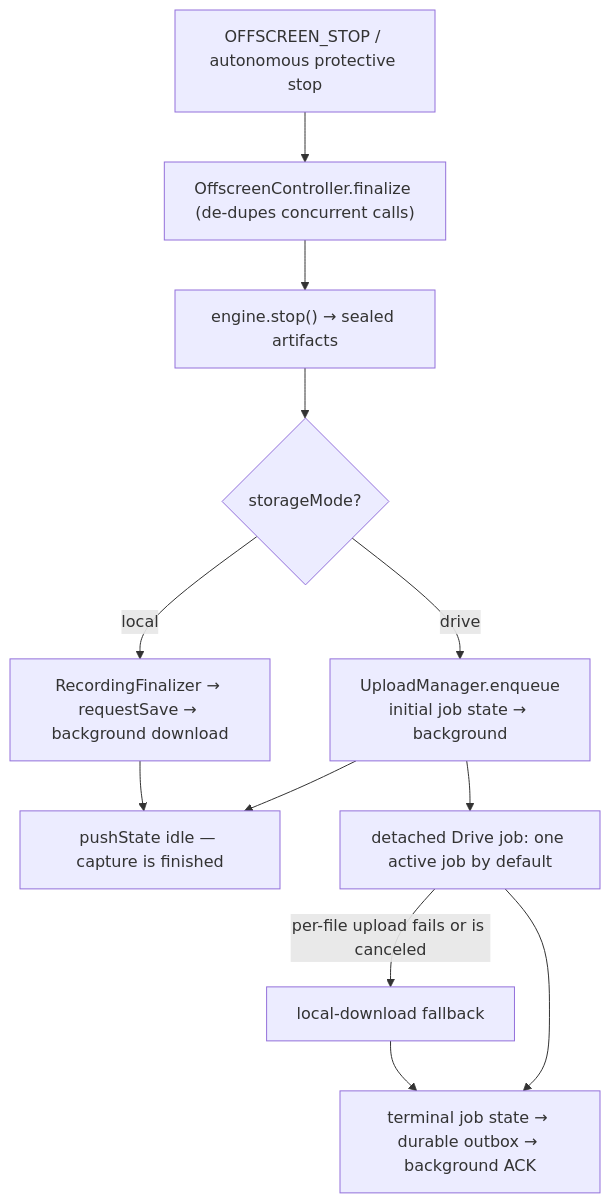
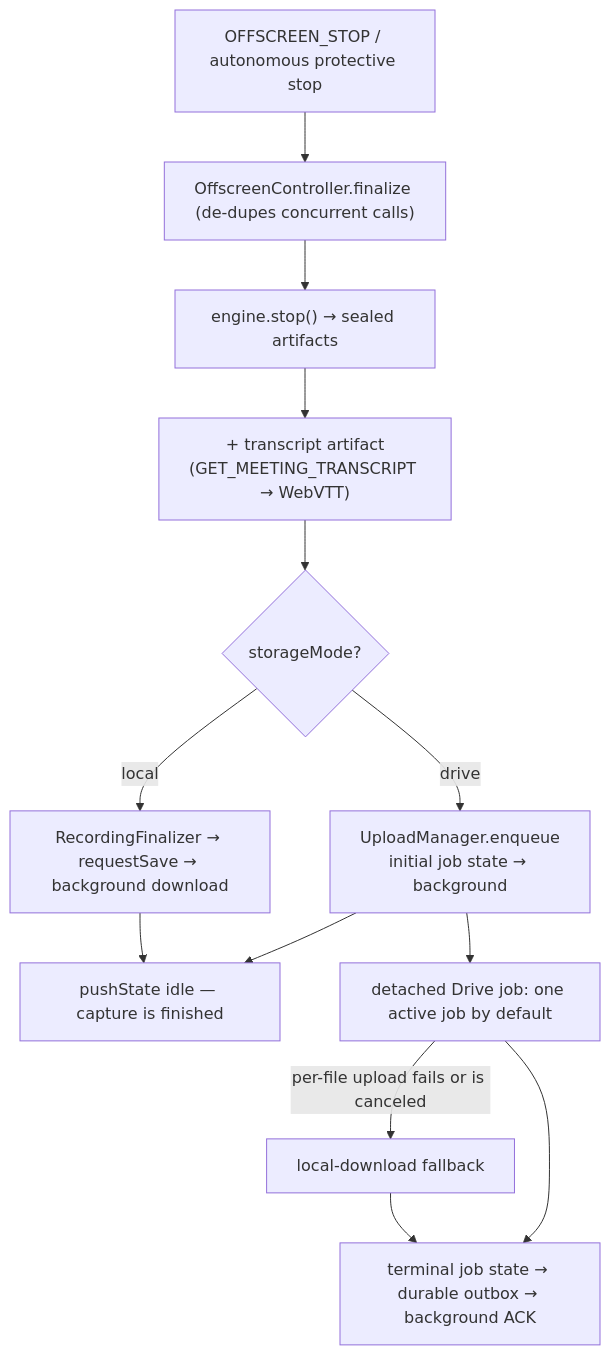
Before and after one commit to CorneiZeR/chrome-meeting-recording-extension: the diagram in src/offscreen/README.md, drawn with Mermaid. The commit also changed other lines of this file and 20 other files, not shown here.

````diff
--- a/src/offscreen/README.md
+++ b/src/offscreen/README.md
@@ -28,14 +28,15 @@
 ```mermaid
 flowchart TD
     STOP["OFFSCREEN_STOP / autonomous protective stop"] --> CTRL["OffscreenController.finalize (de-dupes concurrent calls)"]
     CTRL --> ENG["engine.stop() → sealed artifacts"]
-    ENG --> MODE{"storageMode?"}
+    ENG --> TR["+ transcript artifact<br/>(GET_MEETING_TRANSCRIPT → WebVTT)"]
+    TR --> MODE{"storageMode?"}
     MODE -->|drive| QUEUE["UploadManager.enqueue<br/>initial job state → background"]
     MODE -->|local| SAVE["RecordingFinalizer → requestSave → background download"]
     QUEUE --> IDLE["pushState idle — capture is finished"]
     SAVE --> IDLE
     QUEUE --> UP["detached Drive job: one active job by default"]
     UP -->|per-file upload fails or is canceled| FB["local-download fallback"]
     UP --> TERM["terminal job state → durable outbox → background ACK"]
     FB --> TERM
 ```
````
